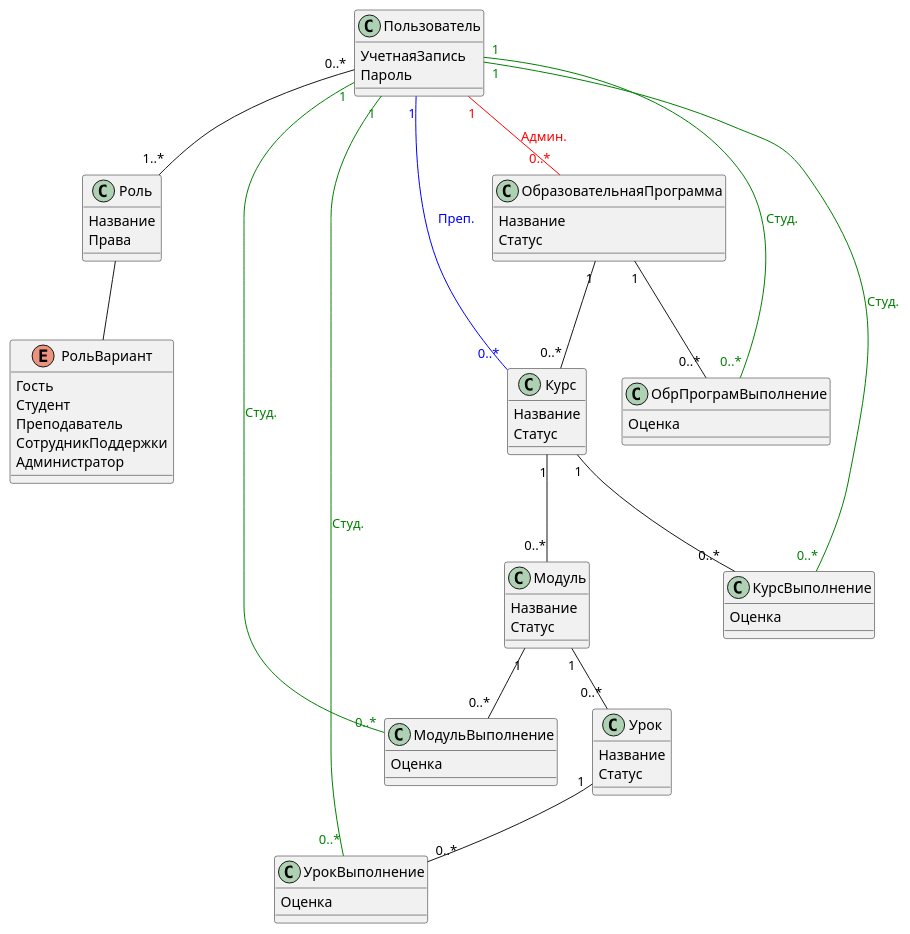
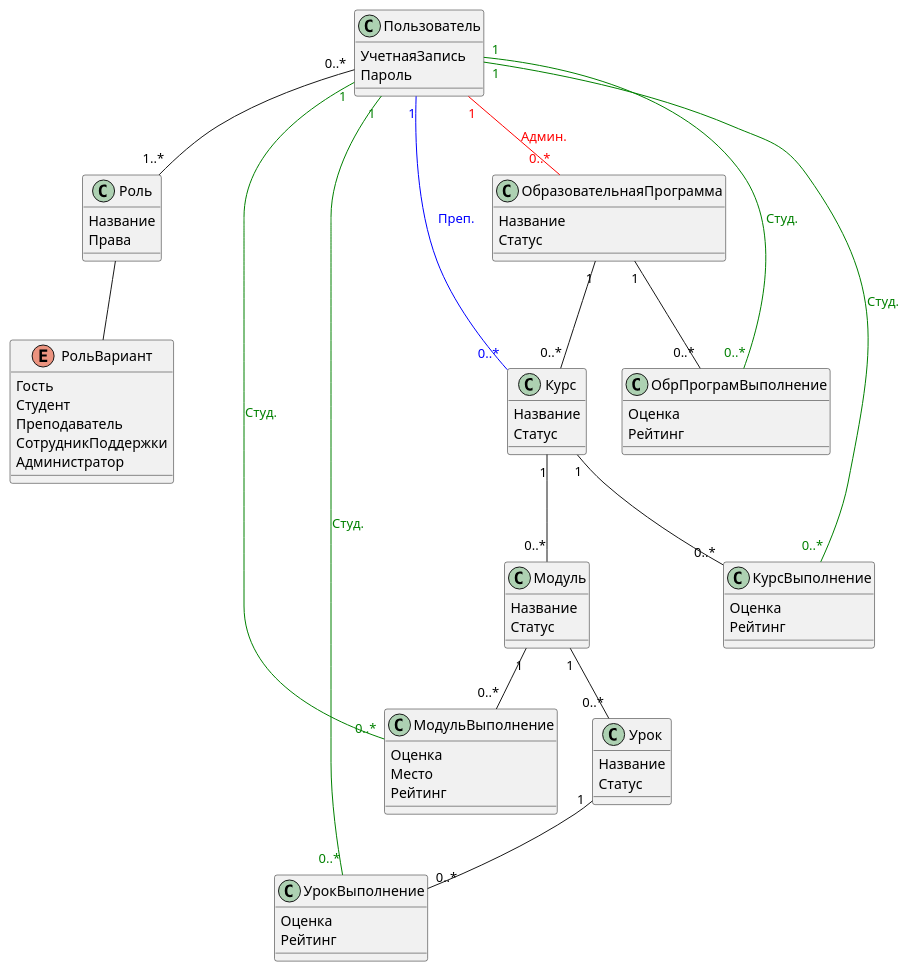
The first of 3 diagrams in docs/domain/model.md (karpoftea/mts-kata-2023), drawn with PlantUML before and after one commit. The commit also changed other lines of this file and 1 other file, not shown here.

```diff
--- a/docs/domain/model.md
+++ b/docs/domain/model.md
@@ -43,6 +43,8 @@
 class МодульВыполнение
     {
         Оценка
+        Место
+        Рейтинг
     }
 
 Пользователь "1" -- "0..*" КурсВыполнение #line:green;text:green : Студ.
@@ -51,6 +53,7 @@
 class КурсВыполнение
     {
         Оценка
+        Рейтинг
     }
 
 Пользователь "1" -- "0..*" УрокВыполнение #line:green;text:green : Студ.
@@ -59,6 +62,7 @@
 class УрокВыполнение 
     {
         Оценка
+        Рейтинг
     }
 
 Пользователь "1" -- "0..*" ОбрПрограмВыполнение #line:green;text:green : Студ.
@@ -67,6 +71,7 @@
 class ОбрПрограмВыполнение 
     {
         Оценка
+        Рейтинг
     }
 
 Пользователь "1" -- "0..*" Курс #line:blue;text:blue : Преп.
```
